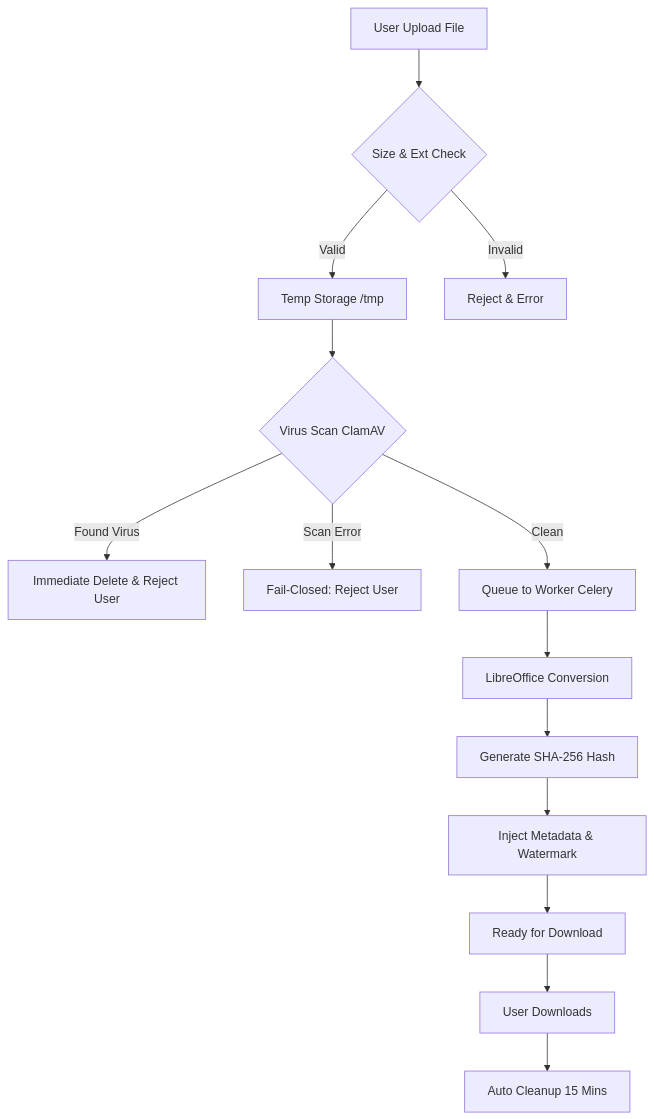
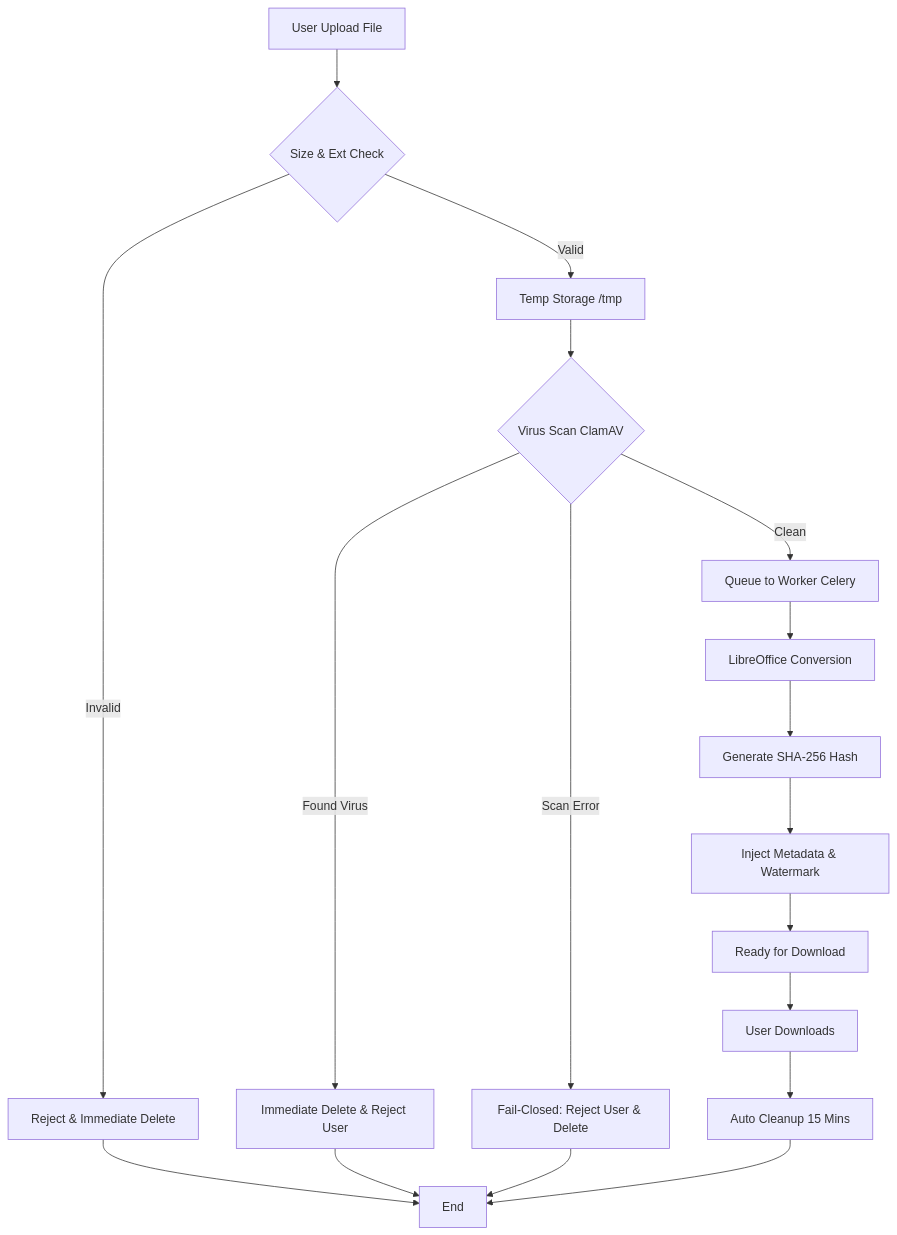
The diagram in README.md (ddt-mmt/docubrin), drawn with Mermaid before and after one commit. The commit also changed other lines of this file and 1 other file, not shown here.

Commit message:
Add MIT License and update README with explicit deletion policy and flowchart

````diff
--- a/README.md
+++ b/README.md
@@ -56,16 +56,20 @@
 ```mermaid
 graph TD
     A[User Upload File] --> B{Size & Ext Check}
     B -- Valid --> C[Temp Storage /tmp]
-    B -- Invalid --> X[Reject & Error]
+    B -- Invalid --> X[Reject & Immediate Delete]
     C --> D{Virus Scan ClamAV}
     D -- Found Virus --> E[Immediate Delete & Reject User]
-    D -- Scan Error --> F[Fail-Closed: Reject User]
+    D -- Scan Error --> F[Fail-Closed: Reject User & Delete]
     D -- Clean --> G[Queue to Worker Celery]
     G --> H[LibreOffice Conversion]
     H --> I[Generate SHA-256 Hash]
     I --> J[Inject Metadata & Watermark]
     J --> K[Ready for Download]
     K --> L[User Downloads]
     L --> M[Auto Cleanup 15 Mins]
+    X --> Z[End]
+    E --> Z
+    F --> Z
+    M --> Z
 ```
````
